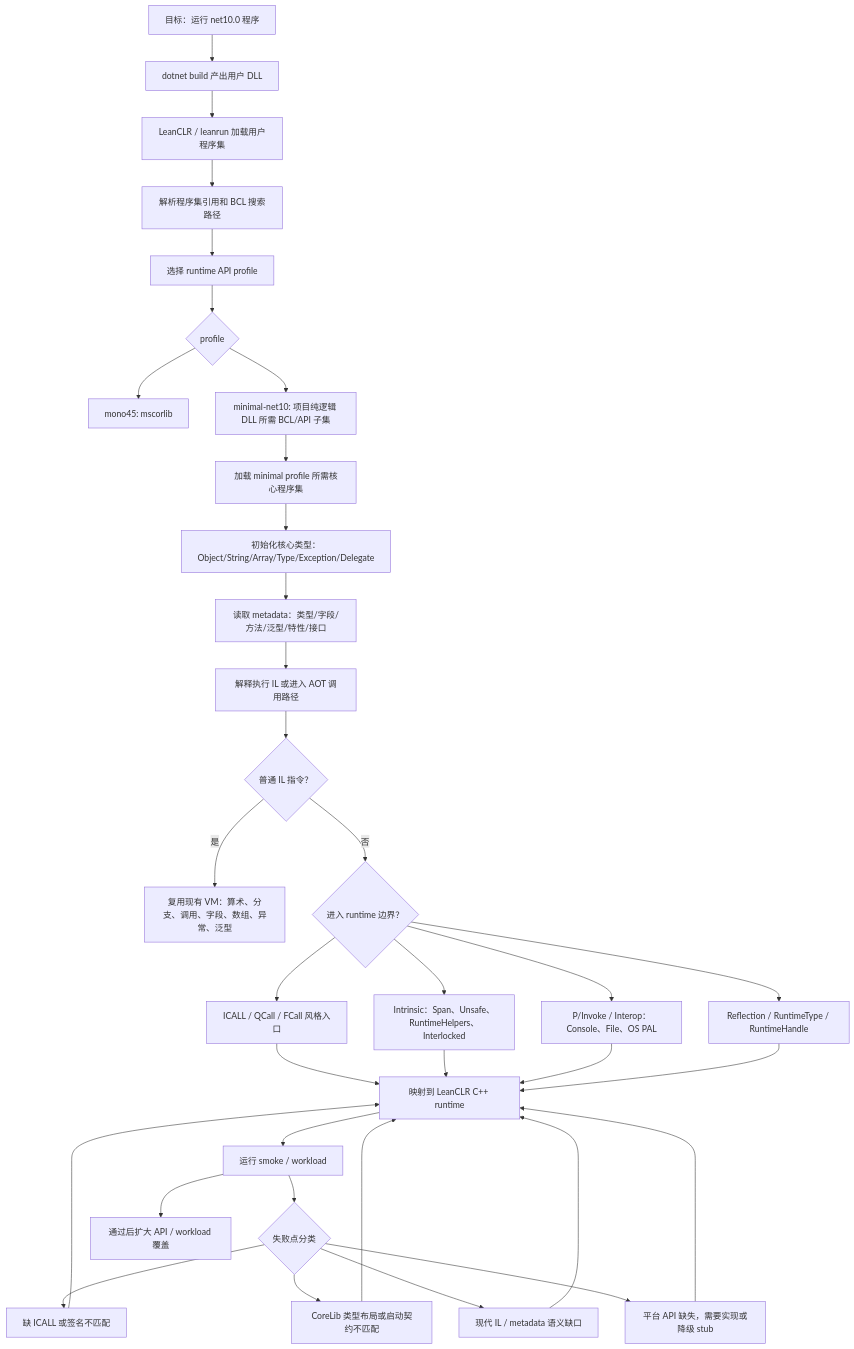
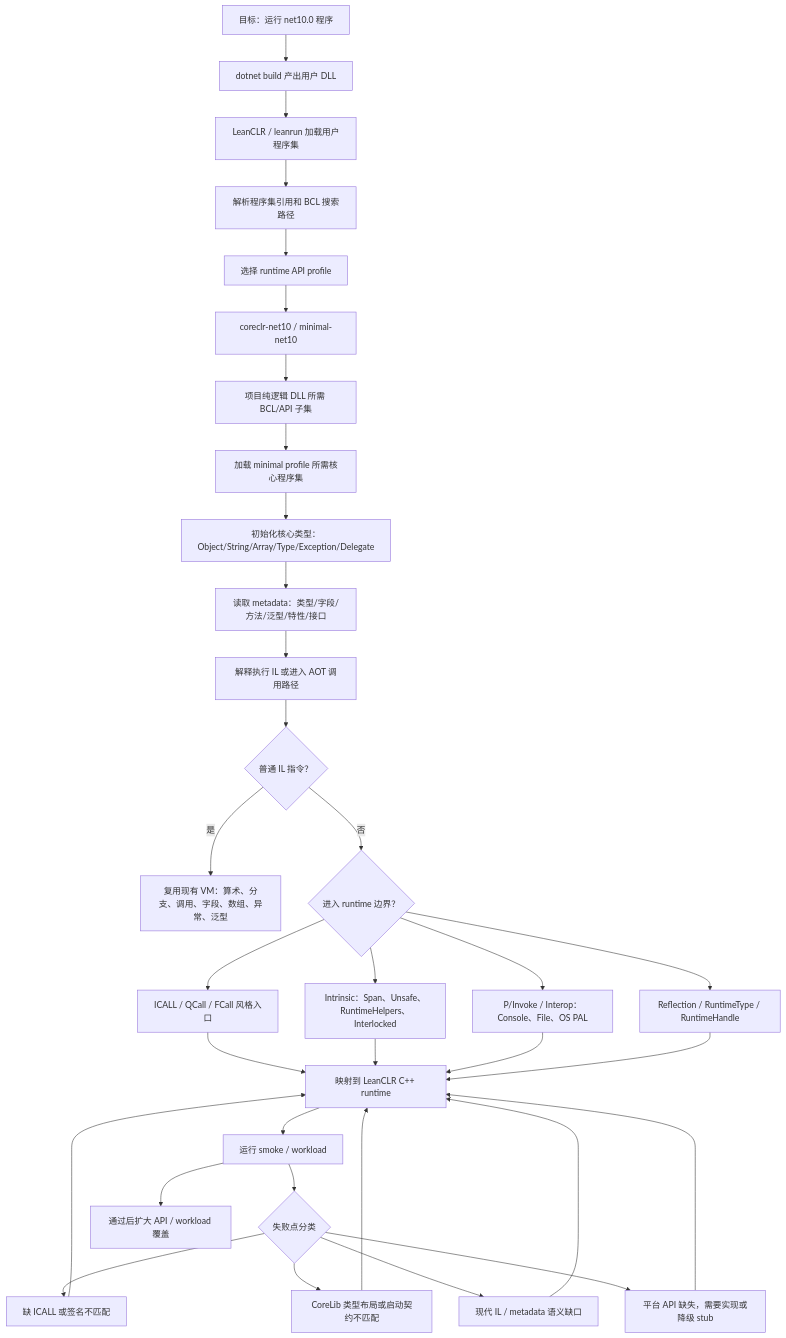
The first of 8 diagrams in docs/dotnet10-runtime-and-engine-integration.md (wqaetly/leanclr), drawn with Mermaid before and after one commit. The commit also changed other lines of this file and 405 other files, not shown here.

First line of the commit message:
清理 Mono profile 遗留资产

````diff
--- a/docs/dotnet10-runtime-and-engine-integration.md
+++ b/docs/dotnet10-runtime-and-engine-integration.md
@@ -36,43 +36,42 @@
 ```mermaid
 flowchart TD
     A["目标：运行 net10.0 程序"] --> B["dotnet build 产出用户 DLL"]
     B --> C["LeanCLR / leanrun 加载用户程序集"]
     C --> D["解析程序集引用和 BCL 搜索路径"]
     D --> E["选择 runtime API profile"]
 
-    E --> F{"profile"}
-    F --> F1["mono45: mscorlib"]
-    F --> F2["minimal-net10: 项目纯逻辑 DLL 所需 BCL/API 子集"]
+    E --> F["coreclr-net10 / minimal-net10"]
+    F --> F2["项目纯逻辑 DLL 所需 BCL/API 子集"]
 
     F2 --> G["加载 minimal profile 所需核心程序集"]
     G --> H["初始化核心类型：Object/String/Array/Type/Exception/Delegate"]
     H --> I["读取 metadata：类型/字段/方法/泛型/特性/接口"]
     I --> J["解释执行 IL 或进入 AOT 调用路径"]
 
     J --> K{"普通 IL 指令？"}
     K -->|是| L["复用现有 VM：算术、分支、调用、字段、数组、异常、泛型"]
     K -->|否| M{"进入 runtime 边界？"}
 
     M --> N["ICALL / QCall / FCall 风格入口"]
     M --> O["Intrinsic：Span、Unsafe、RuntimeHelpers、Interlocked"]
     M --> P["P/Invoke / Interop：Console、File、OS PAL"]
     M --> Q["Reflection / RuntimeType / RuntimeHandle"]
 
     N --> R["映射到 LeanCLR C++ runtime"]
     O --> R
     P --> R
     Q --> R
 
     R --> S["运行 smoke / workload"]
     S --> T{"失败点分类"}
     T --> T1["缺 ICALL 或签名不匹配"]
     T --> T2["CoreLib 类型布局或启动契约不匹配"]
     T --> T3["现代 IL / metadata 语义缺口"]
     T --> T4["平台 API 缺失，需要实现或降级 stub"]
 
     T1 --> R
     T2 --> R
     T3 --> R
     T4 --> R
     S --> U["通过后扩大 API / workload 覆盖"]
 ```
````
